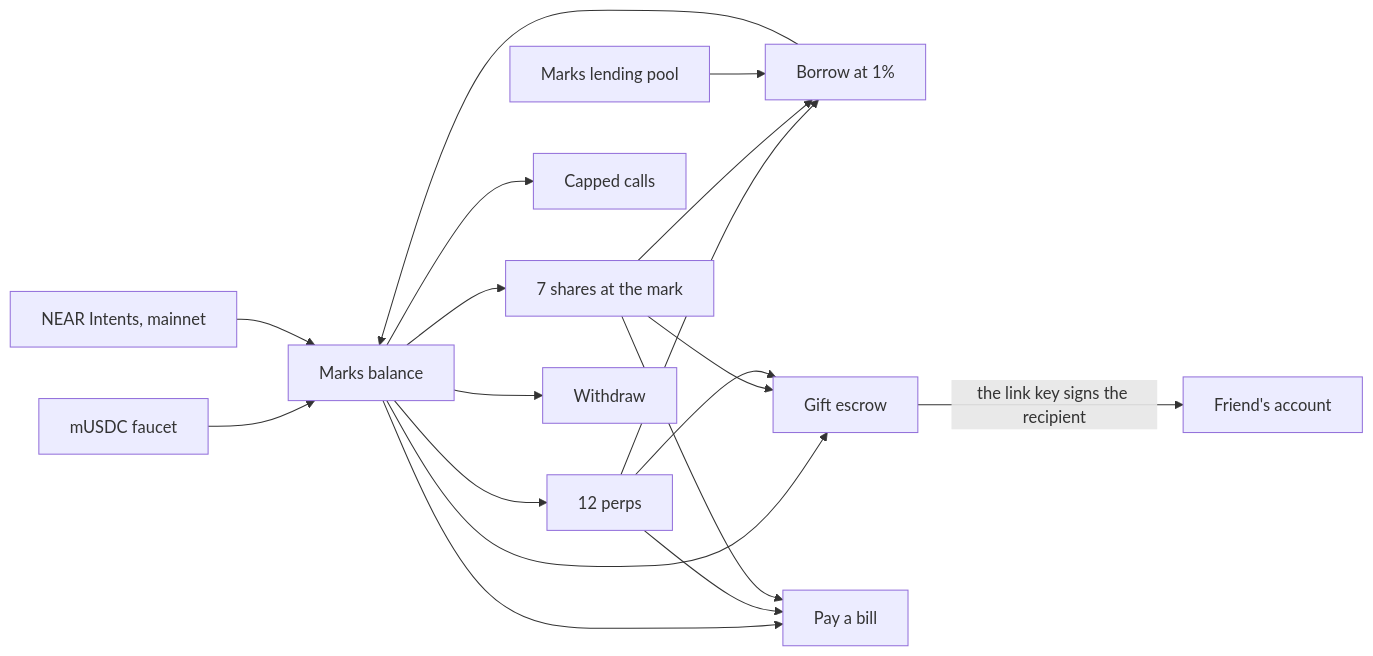
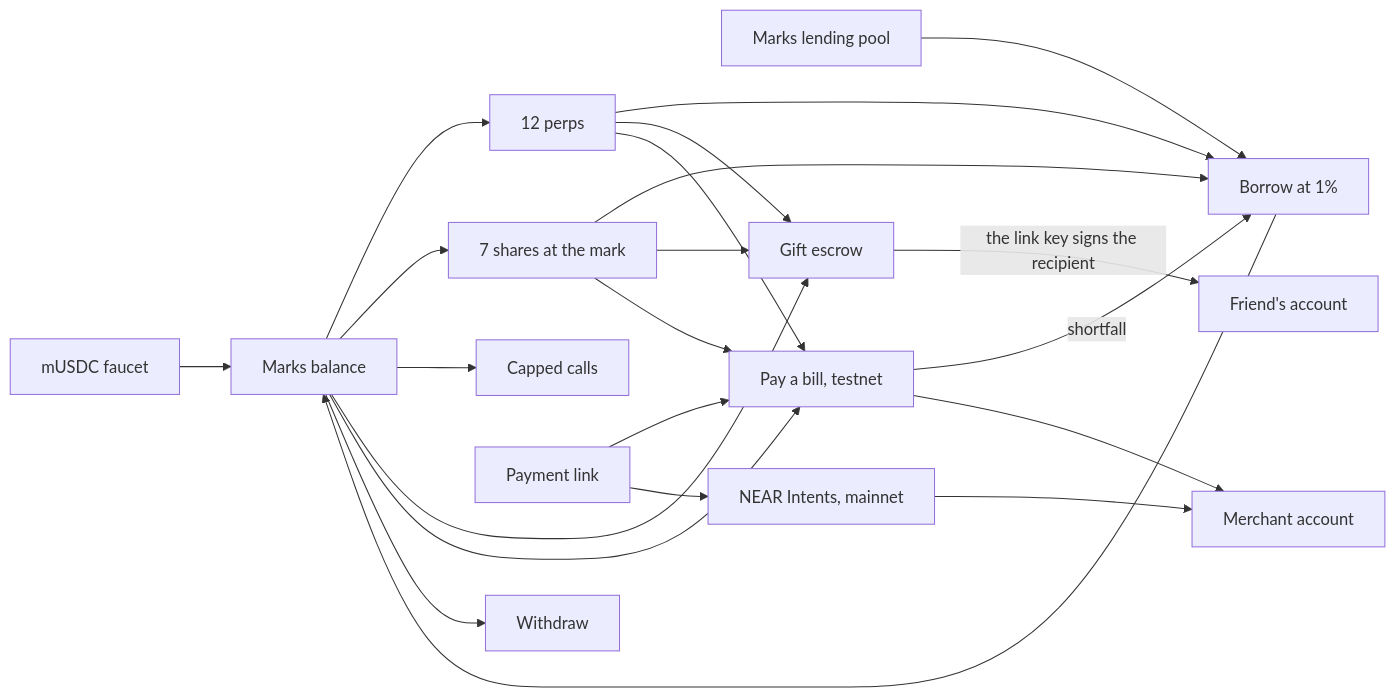
Before and after one commit to amdonatusprince/Marks-on-Near: the first of 9 diagrams in README.md, drawn with Mermaid. The commit also changed other lines of this file, not shown here.

````diff
--- a/README.md
+++ b/README.md
@@ -49,20 +56,24 @@
 ```mermaid
 flowchart LR
-  Faucet["mUSDC faucet"] --> Balance
-  Intents["NEAR Intents, mainnet"] --> Balance["Marks balance"]
+  Faucet["mUSDC faucet"] --> Balance["Marks balance"]
   Balance --> Perps["12 perps"]
   Balance --> Shares["7 shares at the mark"]
   Balance --> Calls["Capped calls"]
   Perps --> Borrow["Borrow at 1%"]
   Shares --> Borrow
   Pool["Marks lending pool"] --> Borrow
   Borrow --> Balance
   Balance --> Gifts["Gift escrow"]
-  Balance --> Bills["Pay a bill"]
-  Perps --> Bills
-  Shares --> Bills
   Shares --> Gifts
   Perps --> Gifts
   Gifts -->|"the link key signs the recipient"| Friend["Friend's account"]
+  Link["Payment link"] --> Bills["Pay a bill, testnet"]
+  Balance --> Bills
+  Perps --> Bills
+  Shares --> Bills
+  Bills -->|"shortfall"| Borrow
+  Bills --> Merchant["Merchant account"]
+  Link --> Intents["NEAR Intents, mainnet"]
+  Intents --> Merchant
   Balance --> Out["Withdraw"]
 ```
````
